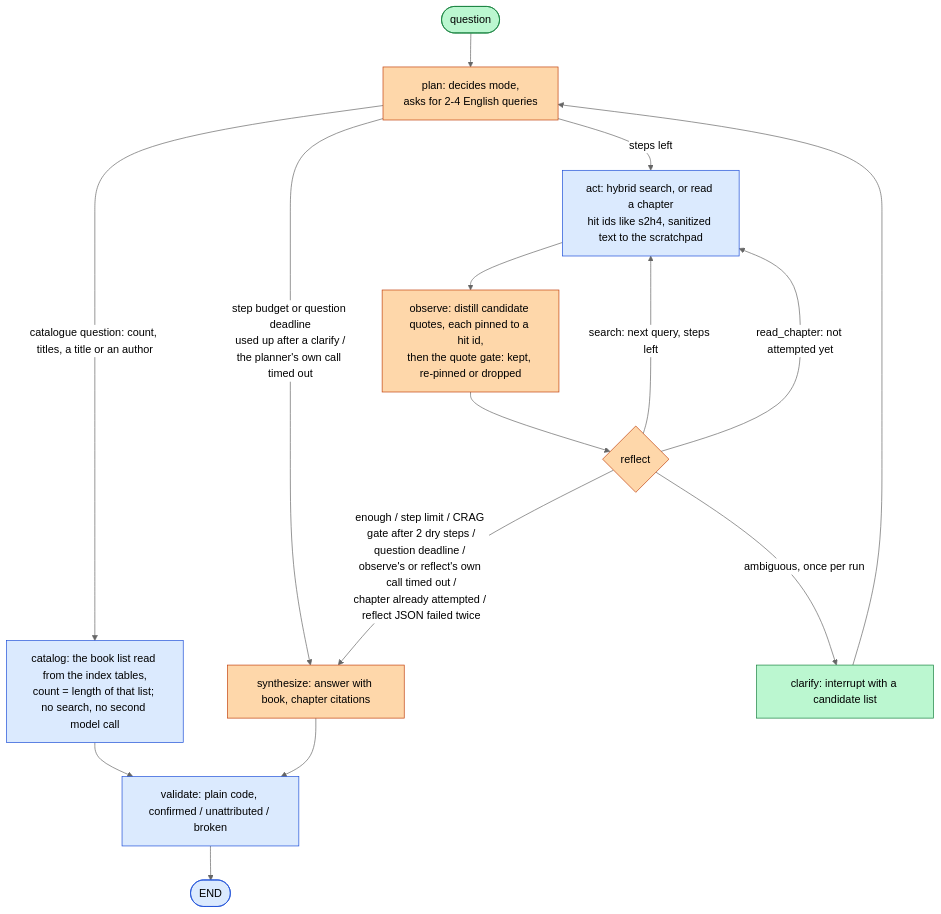
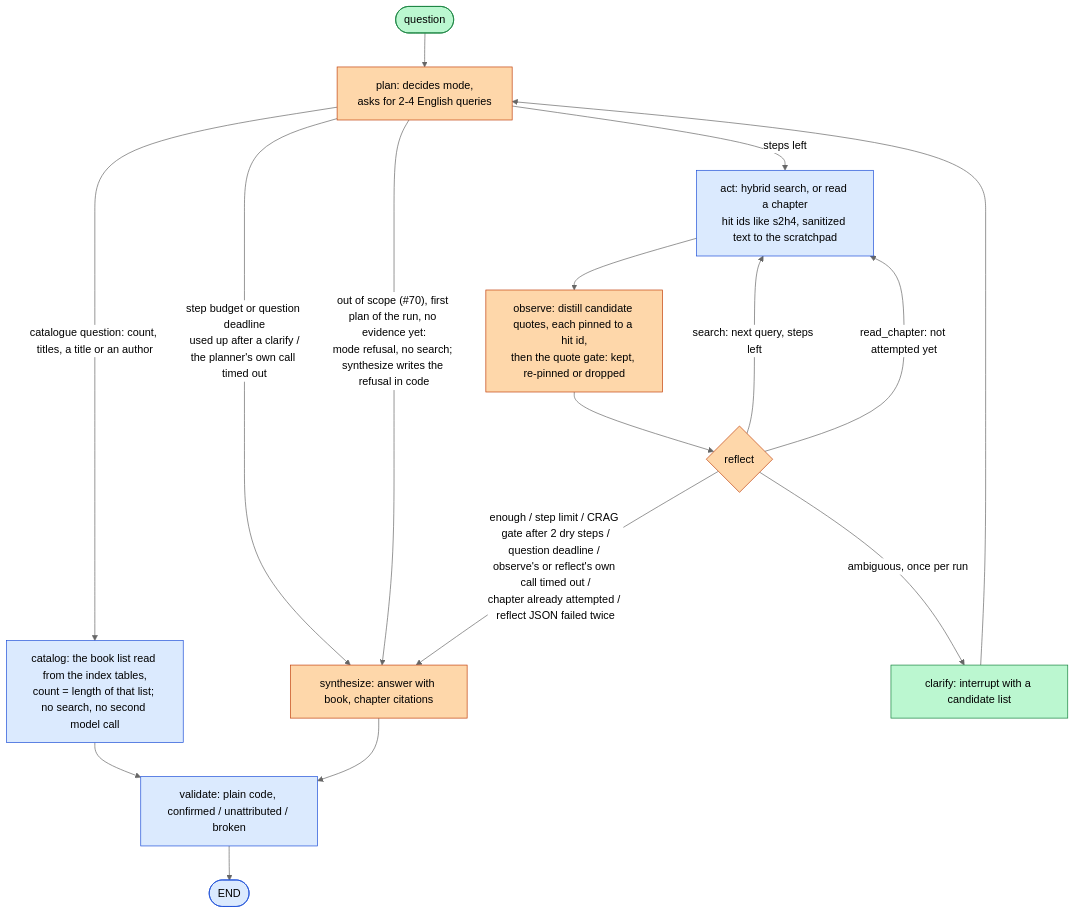
The second of 2 diagrams in docs/architecture.md (ievgen-borysenko/ask-your-library), drawn with Mermaid (neutral theme) before and after one commit. The commit also changed other lines of this file and 14 other files, not shown here.

````diff
--- a/docs/architecture.md
+++ b/docs/architecture.md
@@ -60,20 +61,21 @@
 ```mermaid
 flowchart TD
     Q(["question"]):::human --> P["plan: decides mode,<br/>asks for 2-4 English queries"]:::ai
     P -->|"steps left"| A["act: hybrid search, or read a chapter<br/>hit ids like s2h4, sanitized text to the scratchpad"]:::code
     P -->|"step budget or question deadline<br/>used up after a clarify /<br/>the planner's own call timed out"| S
+    P -->|"out of scope (#70), first plan of the run, no evidence yet:<br/>mode refusal, no search; synthesize writes the refusal in code"| S
     P -->|"catalogue question: count, titles, a title or an author"| K["catalog: the book list read from the index tables,<br/>count = length of that list; no search, no second model call"]:::code
     K --> V
     A --> O["observe: distill candidate quotes, each pinned to a hit id,<br/>then the quote gate: kept, re-pinned or dropped"]:::ai
     O --> R{"reflect"}:::ai
     R -->|"search: next query, steps left"| A
     R -->|"read_chapter: not attempted yet"| A
     R -->|"ambiguous, once per run"| C["clarify: interrupt with a candidate list"]:::human
     C --> P
     R -->|"enough / step limit / CRAG gate after 2 dry steps /<br/>question deadline / observe's or reflect's own call timed out /<br/>chapter already attempted / reflect JSON failed twice"| S["synthesize: answer with book, chapter citations"]:::ai
     S --> V["validate: plain code, confirmed / unattributed / broken"]:::code
     V --> E(["END"]):::code
     classDef code fill:#dbeafe,stroke:#1d4ed8,color:#000
     classDef ai fill:#fed7aa,stroke:#c2410c,color:#000
     classDef human fill:#bbf7d0,stroke:#15803d,color:#000
 ```
````
